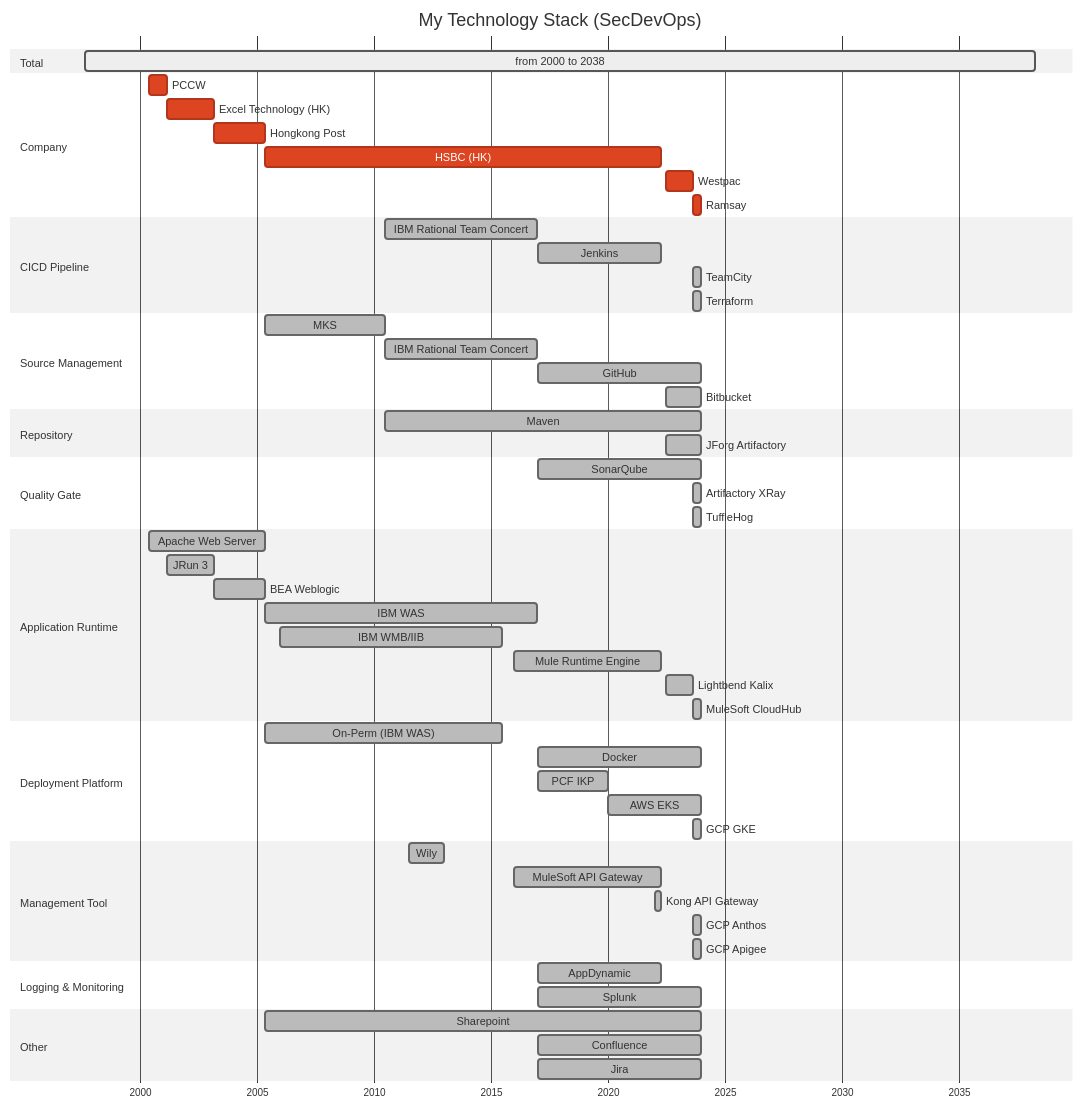
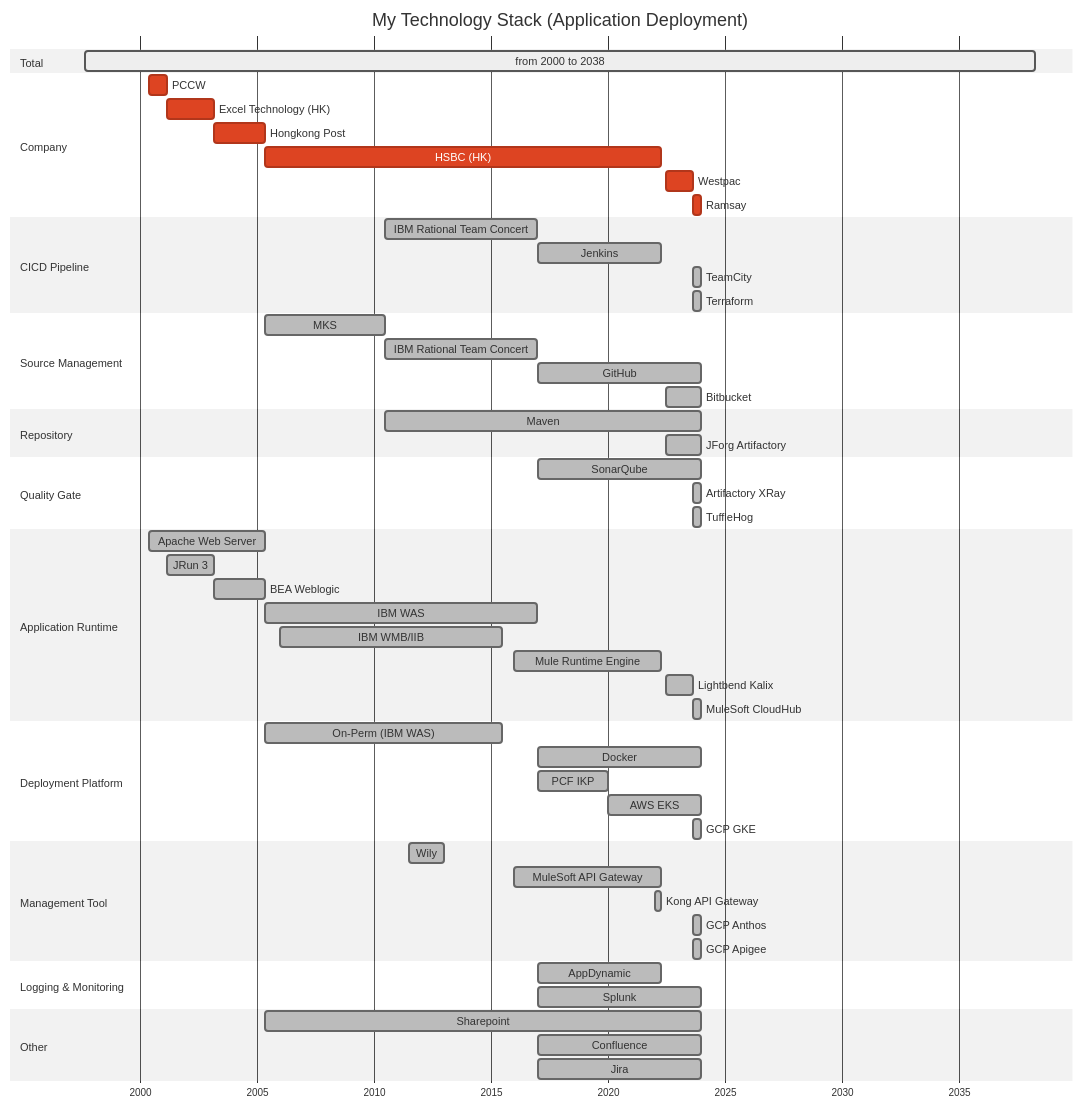
One commit to jackfclee/my-profile changed the third of 3 diagrams in README.md. Above: the diagram before and after it, drawn with Mermaid (neutral theme).

````diff
--- a/README.md
+++ b/README.md
@@ -133,60 +133,60 @@
 ```mermaid
 gantt
     dateFormat YYYY-MM-DD
     axisFormat %Y
-    title My Technology Stack (SecDevOps)
+    title My Technology Stack (Application Deployment)
     section Total
         from 2000 to 2038                  :active  ,            1997-09-01, 2038-04-05
     section Company
         PCCW                               :crit    ,            2000-05-29, 2001-03-06
         Excel Technology (HK)              :crit    ,            2001-03-07, 2003-03-01
         Hongkong Post                      :crit    ,            2003-03-03, 2005-05-08
         HSBC (HK)                          :crit    ,            2005-05-09, 2022-04-06
         Westpac                            :crit    ,            2022-07-04, 2023-08-25
         Ramsay                             :crit    ,            2023-08-28, 2023-12-31
     section CICD Pipeline
         IBM Rational Team Concert          :done    ,            2010-07-01, 2016-12-31
         Jenkins                            :done    ,            2017-01-01, 2022-04-06
         TeamCity                           :done    ,            2023-08-28, 2023-12-31
         Terraform                          :done    ,            2023-08-28, 2023-12-31
     section Source Management
         MKS                                :done    ,            2005-05-09, 2010-06-30
         IBM Rational Team Concert          :done    ,            2010-07-01, 2016-12-31
         GitHub                             :done    ,            2017-01-01, 2023-12-31
         Bitbucket                          :done    ,            2022-07-04, 2023-12-31
     section Repository
         Maven                              :done    ,            2010-07-01, 2023-12-31
         JForg Artifactory                  :done    ,            2022-07-04, 2023-12-31
     section Quality Gate
         SonarQube                          :done    ,            2017-01-01, 2023-12-31
         Artifactory XRay                   :done    ,            2023-08-28, 2023-12-31
         TuffleHog                          :done    ,            2023-08-28, 2023-12-31
     section Application Runtime
         Apache Web Server                  :done    ,            2000-05-29, 2005-05-08
         JRun 3                             :done    ,            2001-03-07, 2003-03-01
         BEA Weblogic                       :done    ,            2003-03-03, 2005-05-08
         IBM WAS                            :done    ,            2005-05-09, 2016-12-31
         IBM WMB/IIB                        :done    ,            2006-01-01, 2015-06-30
         Mule Runtime Engine                :done    ,            2016-01-01, 2022-04-06
         Lightbend Kalix                    :done    ,            2022-07-04, 2023-08-25
         MuleSoft CloudHub                  :done    ,            2023-08-28, 2023-12-31
     section Deployment Platform
         On-Perm (IBM WAS)                  :done    ,            2005-05-09, 2015-06-30
         Docker                             :done    ,            2017-01-01, 2023-12-31
         PCF IKP                            :done    ,            2017-01-01, 2019-12-31
         AWS EKS                            :done    ,            2020-01-01, 2023-12-31
         GCP GKE                            :done    ,            2023-08-28, 2023-12-31
     section Management Tool
         Wily                               :done    ,            2011-07-01, 2012-12-31
         MuleSoft API Gateway               :done    ,            2016-01-01, 2022-04-06
         Kong API Gateway                   :done    ,            2022-01-01, 2022-04-06
         GCP Anthos                         :done    ,            2023-08-28, 2023-12-31
         GCP Apigee                         :done    ,            2023-08-28, 2023-12-31
     section Logging & Monitoring
         AppDynamic                         :done    ,            2017-01-01, 2022-04-06
         Splunk                             :done    ,            2017-01-01, 2023-12-31
     section Other
         Sharepoint                         :done    ,            2005-05-09, 2023-12-31
         Confluence                         :done    ,            2017-01-01, 2023-12-31
         Jira                               :done    ,            2017-01-01, 2023-12-31
 ```
````
